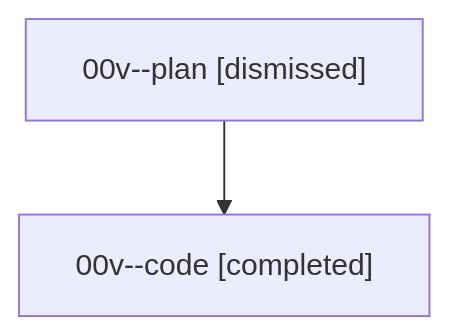
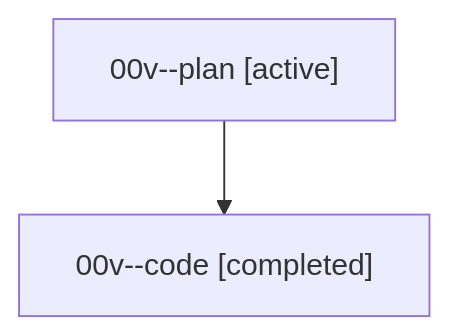
Before and after one commit to bobs-org/bob-cli--agents: the diagram in families/bbugyi200.athena.00v.md, drawn with Mermaid. The commit also changed other lines of this file and 1279 other files, not shown here.

````diff
--- a/families/bbugyi200.athena.00v.md
+++ b/families/bbugyi200.athena.00v.md
@@ -9,6 +9,6 @@
 ```mermaid
 flowchart TD
-  n0["00v--plan [dismissed]"]
+  n0["00v--plan [active]"]
   n1["00v--code [completed]"]
   n0 --> n1
 ```
````
